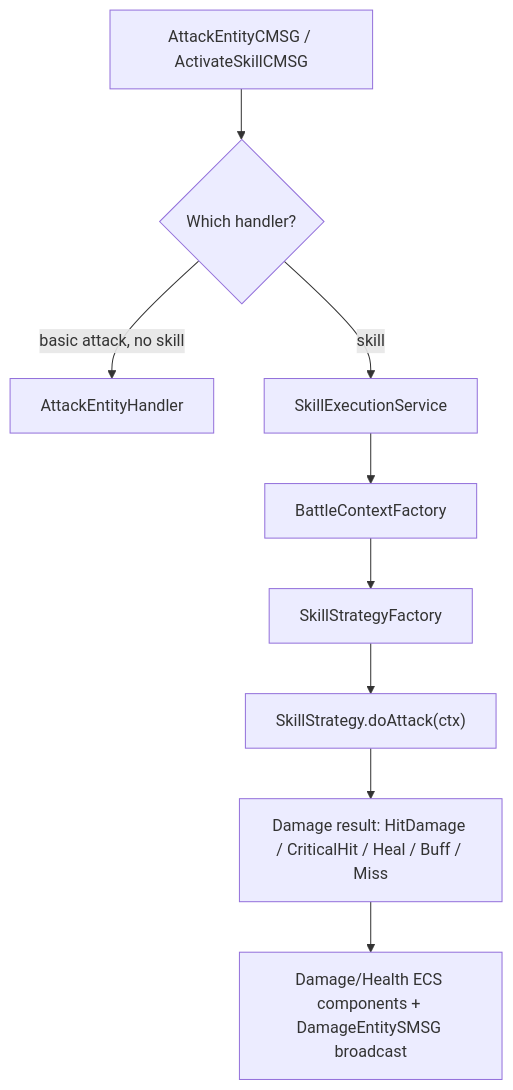
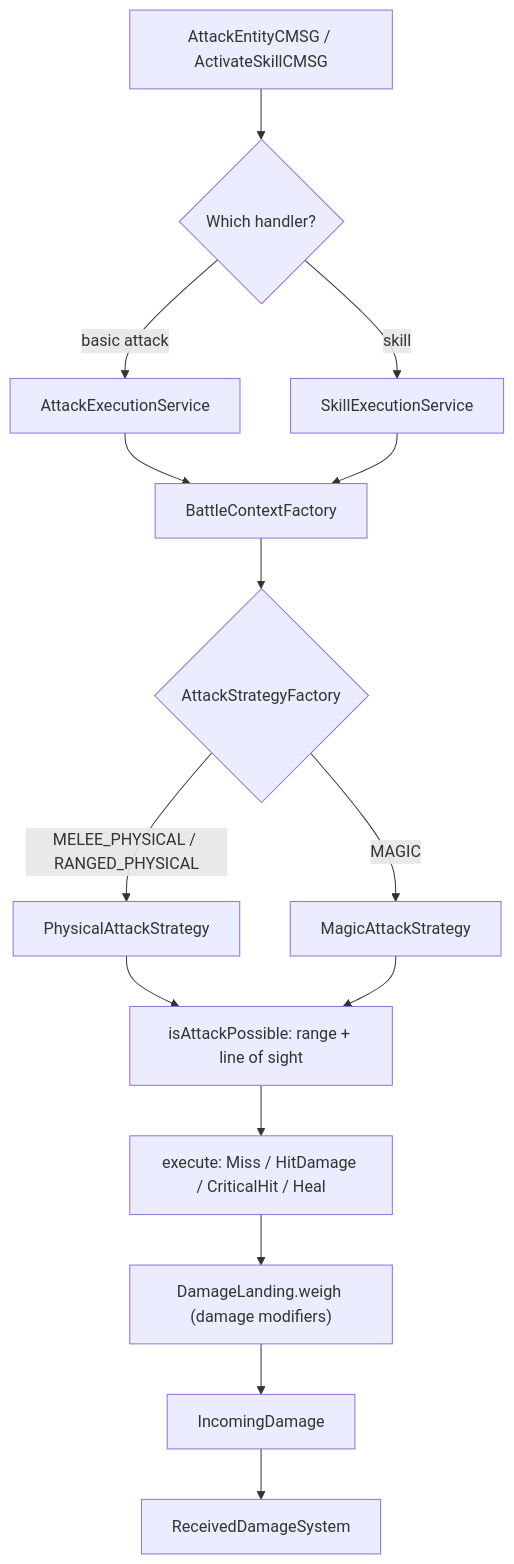
Before and after one commit to tfelix/bestia-docs: the diagram in content/docs/server/battle.md, drawn with Mermaid. The commit also changed other lines of this file and 10 other files, not shown here.

First line of the commit message:
docs: Describe the reworked combat: sight, magic, size, arrows, armour

````diff
--- a/content/docs/server/battle.md
+++ b/content/docs/server/battle.md
@@ -14,11 +13,17 @@
 ```mermaid
 graph TD
   A["AttackEntityCMSG / ActivateSkillCMSG"] --> B{Which handler?}
-  B -->|basic attack, no skill| C[AttackEntityHandler]
+  B -->|basic attack| C[AttackExecutionService]
   B -->|skill| D[SkillExecutionService]
-  D --> E[BattleContextFactory]
-  E --> F[SkillStrategyFactory]
-  F --> G["SkillStrategy.doAttack(ctx)"]
-  G --> H["Damage result: HitDamage / CriticalHit / Heal / Buff / Miss"]
-  H --> I["Damage/Health ECS components + DamageEntitySMSG broadcast"]
+  C --> E[BattleContextFactory]
+  D --> E
+  E --> F{AttackStrategyFactory}
+  F -->|MELEE_PHYSICAL / RANGED_PHYSICAL| G[PhysicalAttackStrategy]
+  F -->|MAGIC| H[MagicAttackStrategy]
+  G --> I["isAttackPossible: range + line of sight"]
+  H --> I
+  I --> J["execute: Miss / HitDamage / CriticalHit / Heal"]
+  J --> K["DamageLanding.weigh (damage modifiers)"]
+  K --> L[IncomingDamage]
+  L --> M[ReceivedDamageSystem]
 ```
````
